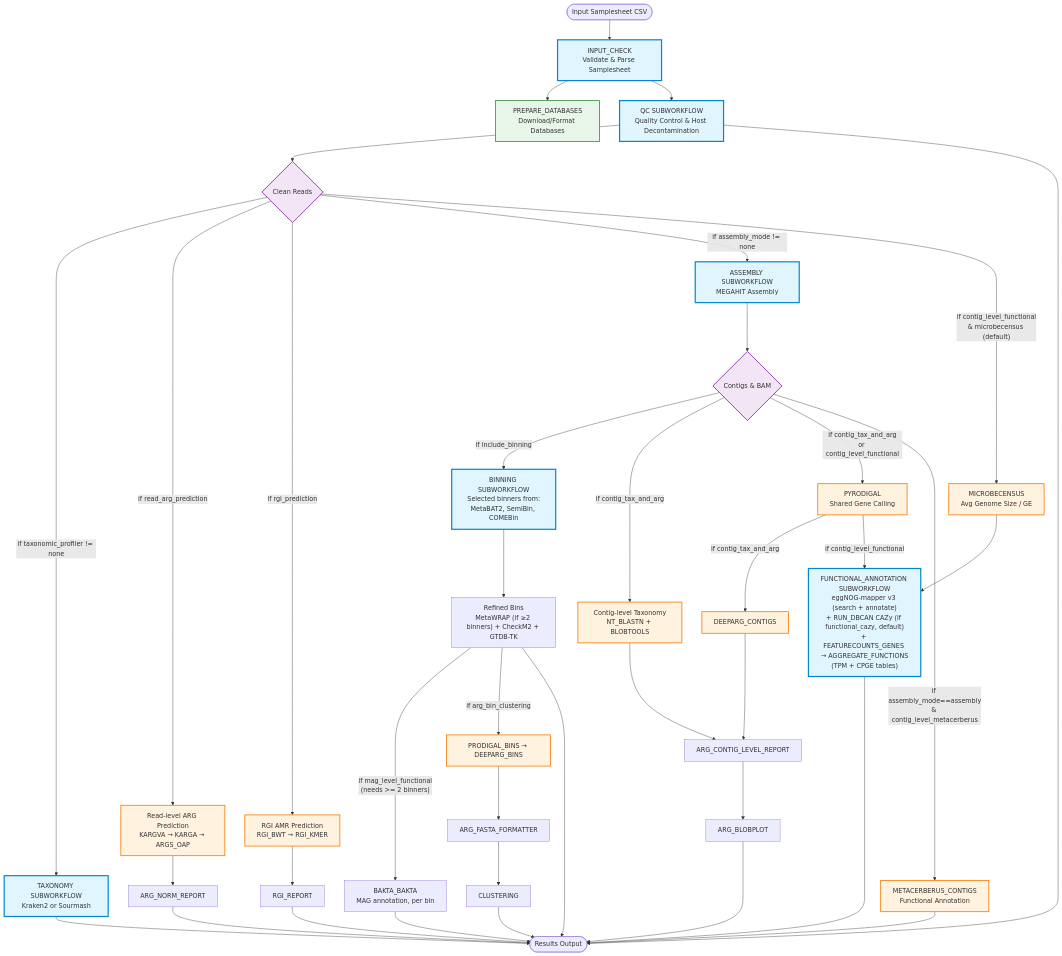
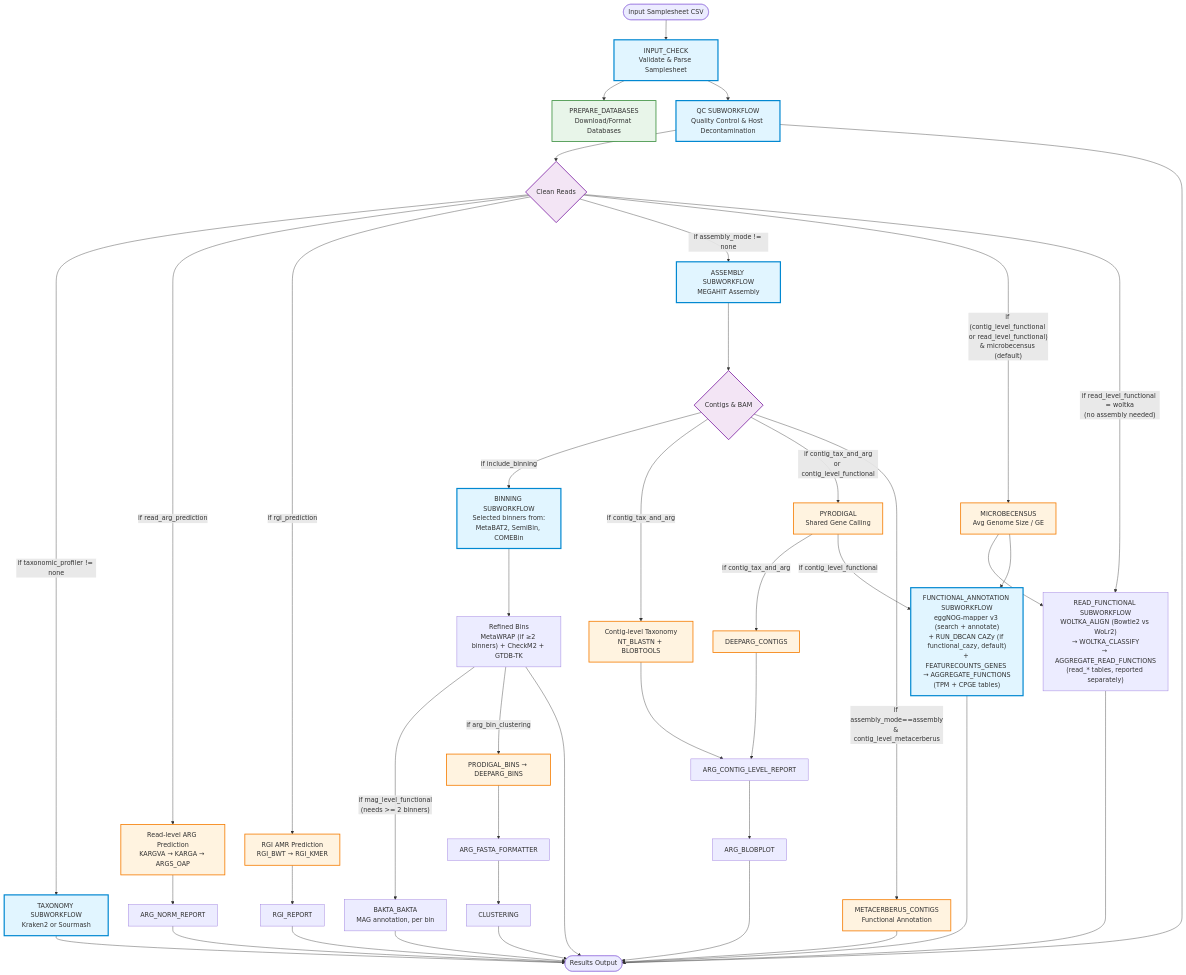
Before and after one commit to gene2dis/BugBuster: the first of 8 diagrams in docs/WORKFLOW_DIAGRAM.md, drawn with Mermaid. The commit also changed other lines of this file and 70 other files, not shown here.

````diff
--- a/docs/WORKFLOW_DIAGRAM.md
+++ b/docs/WORKFLOW_DIAGRAM.md
@@ -10,75 +10,78 @@
 ```mermaid
 flowchart TD
     Start([Input Samplesheet CSV]) --> InputCheck[INPUT_CHECK<br/>Validate & Parse Samplesheet]
     
     InputCheck --> PrepDB[PREPARE_DATABASES<br/>Download/Format Databases]
     InputCheck --> QC
     
     %% Quality Control Branch
     QC[QC SUBWORKFLOW<br/>Quality Control & Host Decontamination] --> CleanReads{Clean Reads}
     
     %% Taxonomy Branch
     CleanReads -->|if taxonomic_profiler != none| Taxonomy[TAXONOMY SUBWORKFLOW<br/>Kraken2 or Sourmash]
     
     %% Read-level ARG Branch
     CleanReads -->|if read_arg_prediction| ReadARG[Read-level ARG Prediction<br/>KARGVA → KARGA → ARGS_OAP]
     ReadARG --> ARGNorm[ARG_NORM_REPORT]
 
     %% RGI Branch
     CleanReads -->|if rgi_prediction| RGI[RGI AMR Prediction<br/>RGI_BWT → RGI_KMER]
     RGI --> RGIReport[RGI_REPORT]
     
     %% Assembly Branch
     CleanReads -->|if assembly_mode != none| Assembly[ASSEMBLY SUBWORKFLOW<br/>MEGAHIT Assembly]
     
     Assembly --> Contigs{Contigs & BAM}
     
     %% Binning Branch
     Contigs -->|if include_binning| Binning[BINNING SUBWORKFLOW<br/>Selected binners from:<br/>MetaBAT2, SemiBin, COMEBin]
     Binning --> RefinedBins["Refined Bins<br/>MetaWRAP (if ≥2 binners) + CheckM2 + GTDB-TK"]
     
     %% Contig-level Analysis Branch
     Contigs -->|if contig_tax_and_arg| ContigTax[Contig-level Taxonomy<br/>NT_BLASTN + BLOBTOOLS]
     Contigs -->|"if contig_tax_and_arg<br/>or contig_level_functional"| Pyrodigal[PYRODIGAL<br/>Shared Gene Calling]
     Pyrodigal -->|if contig_tax_and_arg| ContigARG[DEEPARG_CONTIGS]
     ContigTax --> ARGContigReport
     ContigARG --> ARGContigReport[ARG_CONTIG_LEVEL_REPORT]
     ARGContigReport --> ARGBlobplot[ARG_BLOBPLOT]
 
     %% Functional Annotation Branch
-    CleanReads -->|"if contig_level_functional<br/>& microbecensus (default)"| MicrobeCensus[MICROBECENSUS<br/>Avg Genome Size / GE]
+    CleanReads -->|"if (contig_level_functional or read_level_functional)<br/>& microbecensus (default)"| MicrobeCensus[MICROBECENSUS<br/>Avg Genome Size / GE]
+    CleanReads -->|"if read_level_functional = woltka<br/>(no assembly needed)"| ReadFunctional["READ_FUNCTIONAL SUBWORKFLOW<br/>WOLTKA_ALIGN (Bowtie2 vs WoLr2)<br/>→ WOLTKA_CLASSIFY<br/>→ AGGREGATE_READ_FUNCTIONS<br/>(read_* tables, reported separately)"]
+    MicrobeCensus --> ReadFunctional
     Pyrodigal -->|if contig_level_functional| Functional["FUNCTIONAL_ANNOTATION SUBWORKFLOW<br/>eggNOG-mapper v3 (search + annotate)<br/>+ RUN_DBCAN CAZy (if functional_cazy, default)<br/>+ FEATURECOUNTS_GENES → AGGREGATE_FUNCTIONS<br/>(TPM + CPGE tables)"]
     MicrobeCensus --> Functional
     RefinedBins -->|"if mag_level_functional<br/>(needs >= 2 binners)"| Bakta[BAKTA_BAKTA<br/>MAG annotation, per bin]
 
     %% MetaCerberus Branch
     Contigs -->|if assembly_mode==assembly<br/>& contig_level_metacerberus| MetaCerberus[METACERBERUS_CONTIGS<br/>Functional Annotation]
     
     %% Bin ARG Clustering Branch
     RefinedBins -->|if arg_bin_clustering| BinARG[PRODIGAL_BINS → DEEPARG_BINS]
     BinARG --> ARGFormat[ARG_FASTA_FORMATTER]
     ARGFormat --> Clustering[CLUSTERING]
     
     %% End
     QC --> End([Results Output])
     Taxonomy --> End
     ARGNorm --> End
     RGIReport --> End
     ARGBlobplot --> End
     Clustering --> End
     MetaCerberus --> End
     Functional --> End
+    ReadFunctional --> End
     Bakta --> End
     RefinedBins --> End
 
     %% Styling
     classDef subworkflow fill:#e1f5ff,stroke:#0288d1,stroke-width:3px
     classDef module fill:#fff3e0,stroke:#f57c00,stroke-width:2px
     classDef decision fill:#f3e5f5,stroke:#7b1fa2,stroke-width:2px
     classDef database fill:#e8f5e9,stroke:#388e3c,stroke-width:2px
     
     class InputCheck,QC,Taxonomy,Assembly,Binning,Functional subworkflow
     class ReadARG,RGI,ContigTax,ContigARG,BinARG,MetaCerberus,Pyrodigal,MicrobeCensus module
     class CleanReads,Contigs decision
     class PrepDB database
 ```
````
